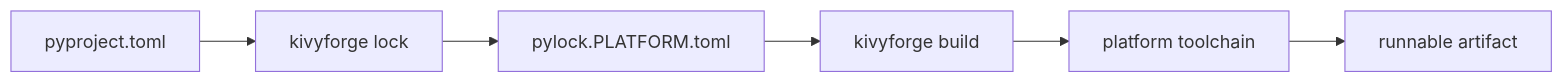
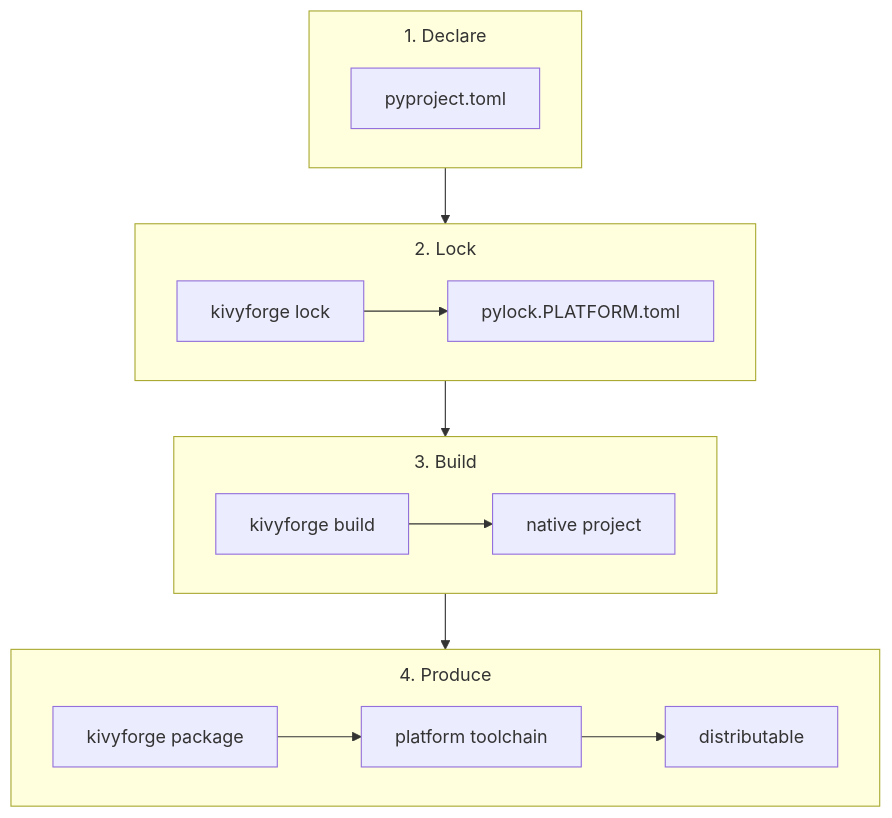
Before and after one commit to ElliotGarbus/kivyforge: the diagram in docs/guides/index.md, drawn with Mermaid. The commit also changed other lines of this file, not shown here.

Commit message:
docs: map the home-page diagram onto the four stages; list Raspberry Pi (#53)
The core-model diagram did not line up with the Declare/Lock/Build/Produce
list beneath it, and put the platform toolchain under build when it is
package that drives it. Each stage is now its own labelled panel, stacked
so the labels stay readable at content width.

Raspberry Pi was only implied by aarch64 on the linux row, so readers
looking for it in the targets table did not find it. It gets its own row
pointing at the Pi guide.

````diff
--- a/docs/guides/index.md
+++ b/docs/guides/index.md
@@ -60,8 +62,21 @@
 ```mermaid
-flowchart LR
-    pp["pyproject.toml"] --> lock["kivyforge lock"]
-    lock --> pl["pylock.PLATFORM.toml"]
-    pl --> build["kivyforge build"]
-    build --> tc["platform toolchain"]
-    tc --> art["runnable artifact"]
+%%{init: {"flowchart": {"subGraphTitleMargin": {"top": 10, "bottom": 6}}}}%%
+flowchart TB
+    subgraph declare ["1. Declare"]
+        direction LR
+        pp["pyproject.toml"]
+    end
+    subgraph lockstage ["2. Lock"]
+        direction LR
+        lock["kivyforge lock"] --> pl["pylock.PLATFORM.toml"]
+    end
+    subgraph buildstage ["3. Build"]
+        direction LR
+        build["kivyforge build"] --> proj["native project"]
+    end
+    subgraph producestage ["4. Produce"]
+        direction LR
+        pkg["kivyforge package"] --> tc["platform toolchain"] --> dist["distributable"]
+    end
+    declare --> lockstage --> buildstage --> producestage
 ```
````
